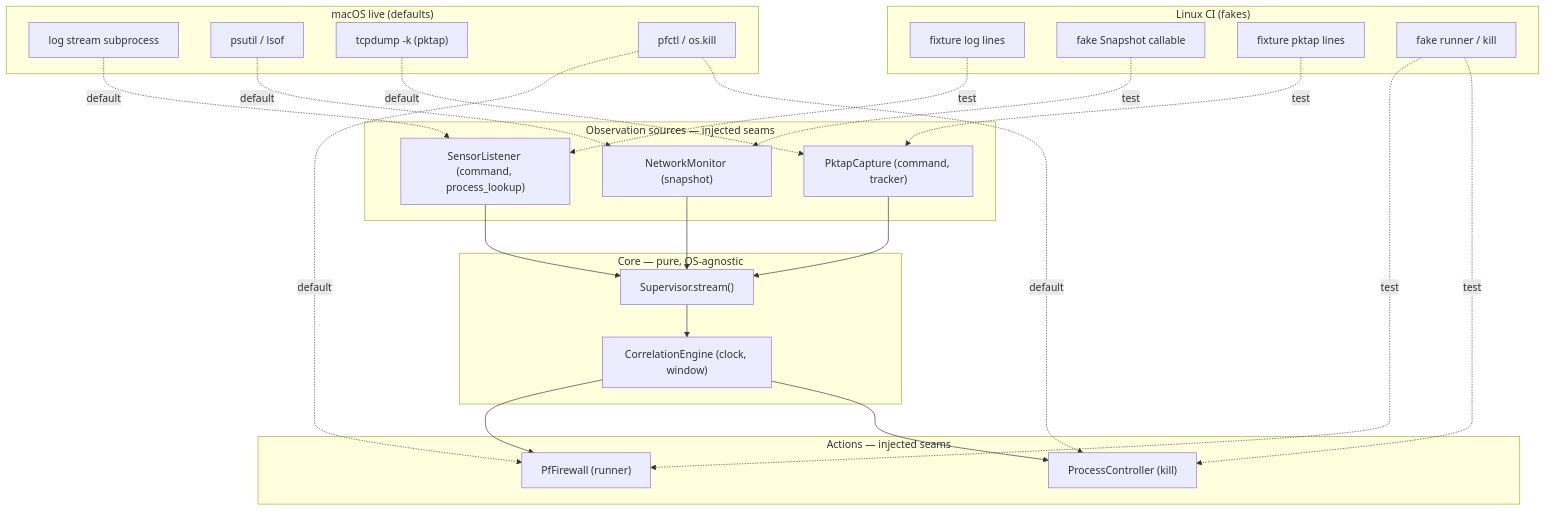
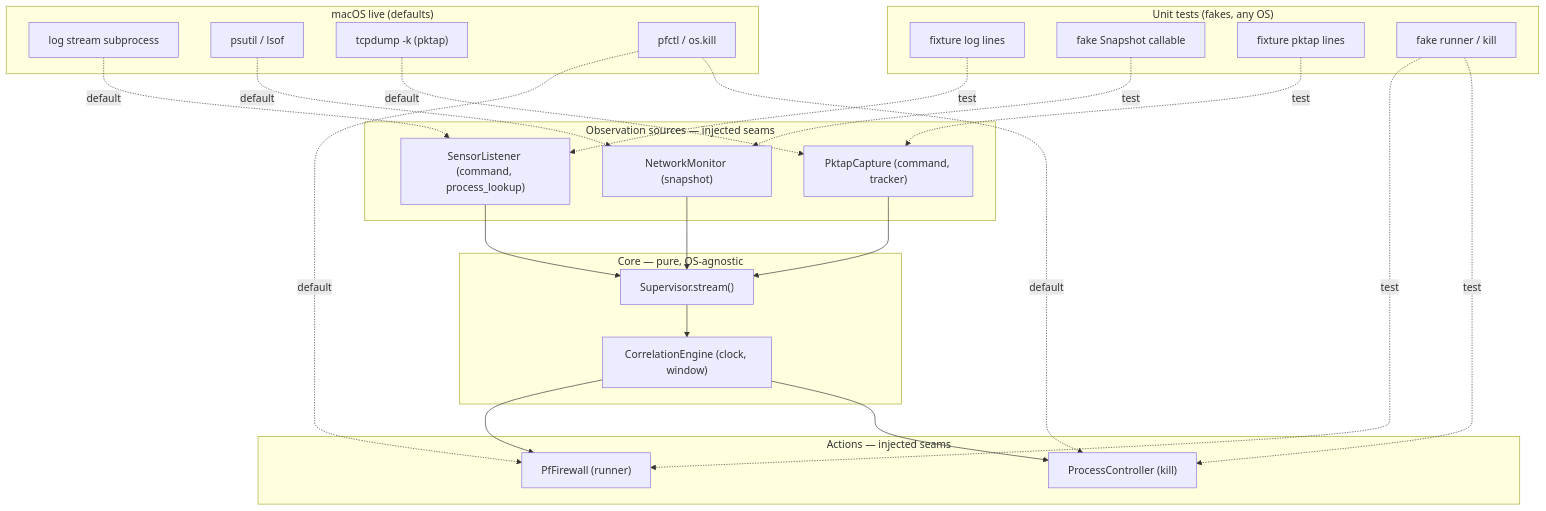
One commit to carlobaratta/safemaxxing changed the second of 4 diagrams in ARCHITECTURE.md. Above: the diagram before and after it, drawn with Mermaid. The commit also changed other lines of this file and 11 other files, not shown here.

````diff
--- a/ARCHITECTURE.md
+++ b/ARCHITECTURE.md
@@ -60,47 +68,47 @@
 ```mermaid
 flowchart TB
     subgraph core["Core — pure, OS-agnostic"]
         sup["Supervisor.stream()"]
         eng["CorrelationEngine (clock, window)"]
     end
     subgraph sources["Observation sources — injected seams"]
         sl["SensorListener (command, process_lookup)"]
         nm["NetworkMonitor (snapshot)"]
         pk["PktapCapture (command, tracker)"]
     end
     subgraph actions["Actions — injected seams"]
         pf["PfFirewall (runner)"]
         pc["ProcessController (kill)"]
     end
 
     sl --> sup
     nm --> sup
     pk --> sup
     sup --> eng
     eng --> pf
     eng --> pc
 
     subgraph live["macOS live (defaults)"]
         l1["log stream subprocess"]
         l2["psutil / lsof"]
         l3["tcpdump -k (pktap)"]
         l4["pfctl / os.kill"]
     end
-    subgraph ci["Linux CI (fakes)"]
+    subgraph ci["Unit tests (fakes, any OS)"]
         c1["fixture log lines"]
         c2["fake Snapshot callable"]
         c3["fixture pktap lines"]
         c4["fake runner / kill"]
     end
 
     l1 -. default .-> sl
     c1 -. test .-> sl
     l2 -. default .-> nm
     c2 -. test .-> nm
     l3 -. default .-> pk
     c3 -. test .-> pk
     l4 -. default .-> pf
     l4 -. default .-> pc
     c4 -. test .-> pf
     c4 -. test .-> pc
 ```
````
